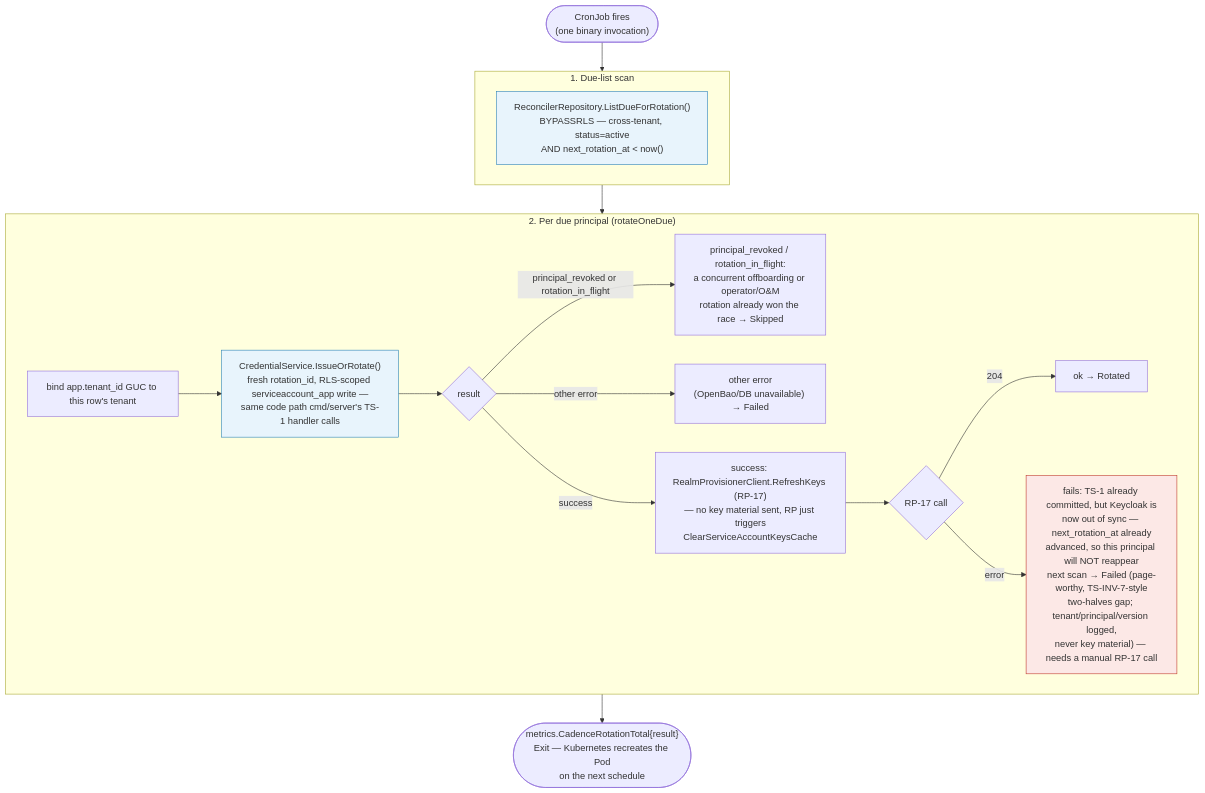
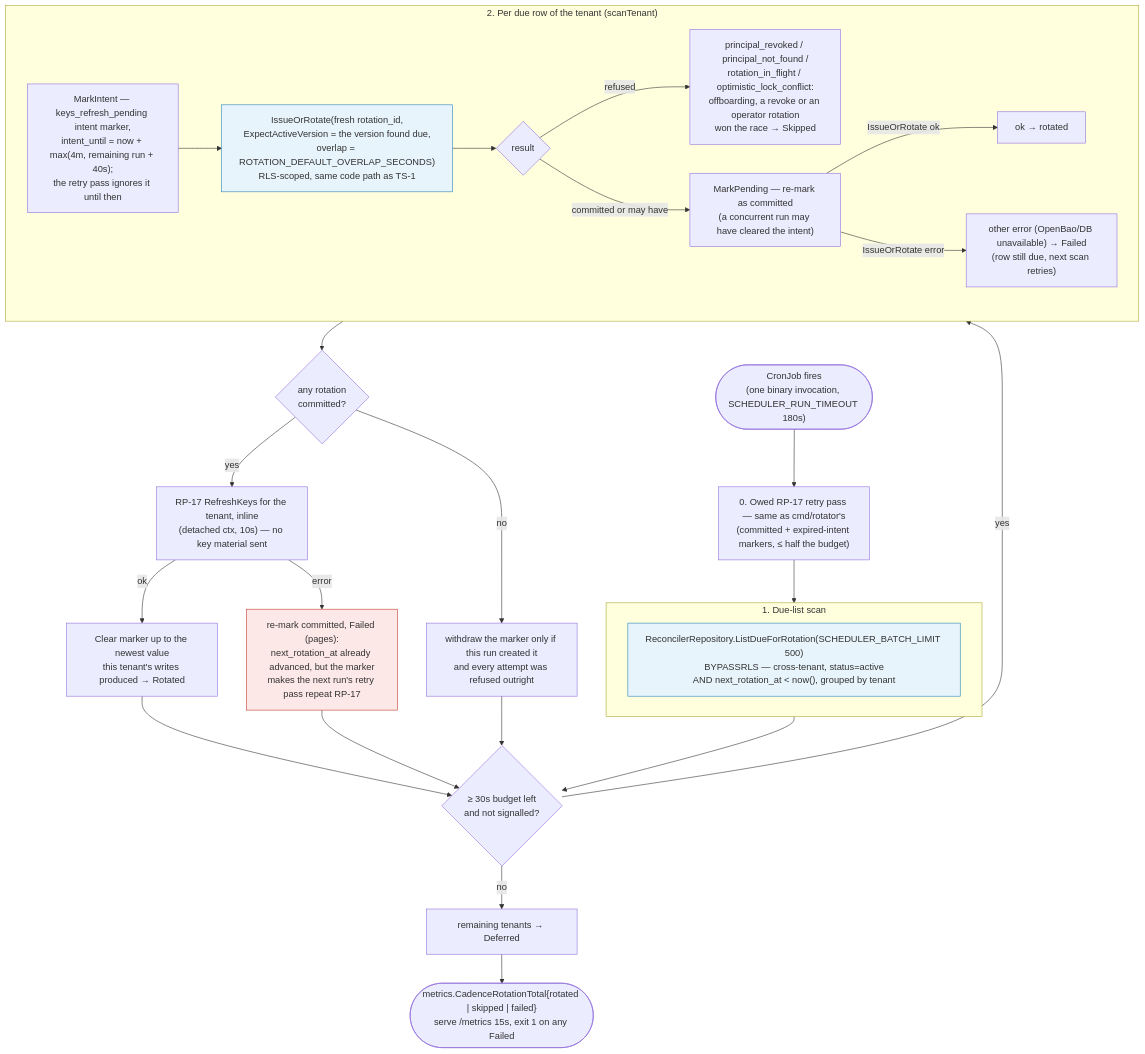
One commit to BCBP-SOLUTIONS-FZC-LLC/iam-token-service changed the eighth of 13 diagrams in ARCHITECTURE.md. Above: the diagram before and after it, drawn with Mermaid. The commit also changed other lines of this file and 234 other files, not shown here.

````diff
--- a/ARCHITECTURE.md
+++ b/ARCHITECTURE.md
@@ -550,35 +710,44 @@
 ```mermaid
 flowchart TD
-    START(["CronJob fires<br/>(one binary invocation)"])
-    START --> SCAN
+    START(["CronJob fires<br/>(one binary invocation, SCHEDULER_RUN_TIMEOUT 180s)"])
+    START --> RETRY["0. Owed RP-17 retry pass — same as cmd/rotator's<br/>(committed + expired-intent markers, ≤ half the budget)"]
+    RETRY --> SCAN
 
     subgraph SCAN["1. Due-list scan"]
-        L1["ReconcilerRepository.ListDueForRotation()<br/>BYPASSRLS — cross-tenant, status=active<br/>AND next_rotation_at < now()"]
+        L1["ReconcilerRepository.ListDueForRotation(SCHEDULER_BATCH_LIMIT 500)<br/>BYPASSRLS — cross-tenant, status=active<br/>AND next_rotation_at < now(), grouped by tenant"]
     end
 
-    SCAN --> LOOP
+    SCAN --> GATE{"≥ 30s budget left<br/>and not signalled?"}
+    GATE -->|no| DEFER["remaining tenants → Deferred"]
+    GATE -->|yes| LOOP
 
-    subgraph LOOP["2. Per due principal (rotateOneDue)"]
-        C1["bind app.tenant_id GUC to this row's tenant"]
-        C2["CredentialService.IssueOrRotate()<br/>fresh rotation_id, RLS-scoped serviceaccount_app write —<br/>same code path cmd/server's TS-1 handler calls"]
+    subgraph LOOP["2. Per due row of the tenant (scanTenant)"]
+        C1["MarkIntent — keys_refresh_pending intent marker,<br/>intent_until = now + max(4m, remaining run + 40s);<br/>the retry pass ignores it until then"]
+        C2["IssueOrRotate(fresh rotation_id,<br/>ExpectActiveVersion = the version found due,<br/>overlap = ROTATION_DEFAULT_OVERLAP_SECONDS)<br/>RLS-scoped, same code path as TS-1"]
         C3{"result"}
-        C4["principal_revoked / rotation_in_flight:<br/>a concurrent offboarding or operator/O&amp;M<br/>rotation already won the race → Skipped"]
-        C5["other error<br/>(OpenBao/DB unavailable) → Failed"]
-        C6["success: RealmProvisionerClient.RefreshKeys (RP-17)<br/>— no key material sent, RP just triggers<br/>ClearServiceAccountKeysCache"]
-        C7{"RP-17 call"}
-        C8["ok → Rotated"]
-        C9["fails: TS-1 already committed, but Keycloak is<br/>now out of sync — next_rotation_at already<br/>advanced, so this principal will NOT reappear<br/>next scan → Failed (page-worthy, TS-INV-7-style<br/>two-halves gap; tenant/principal/version logged,<br/>never key material) — needs a manual RP-17 call"]
+        C4["principal_revoked / principal_not_found /<br/>rotation_in_flight / optimistic_lock_conflict:<br/>offboarding, a revoke or an operator rotation<br/>won the race → Skipped"]
+        C5["MarkPending — re-mark as committed<br/>(a concurrent run may have cleared the intent)"]
+        C6["ok → rotated"]
+        C7["other error (OpenBao/DB unavailable) → Failed<br/>(row still due, next scan retries)"]
         C1 --> C2 --> C3
-        C3 -->|principal_revoked or rotation_in_flight| C4
-        C3 -->|other error| C5
-        C3 -->|success| C6 --> C7
-        C7 -->|204| C8
-        C7 -->|error| C9
+        C3 -->|refused| C4
+        C3 -->|committed or may have| C5
+        C5 -->|IssueOrRotate ok| C6
+        C5 -->|IssueOrRotate error| C7
     end
 
-    LOOP --> DONE(["metrics.CadenceRotationTotal{result}<br/>Exit — Kubernetes recreates the Pod<br/>on the next schedule"])
+    LOOP --> AFTER{"any rotation<br/>committed?"}
+    AFTER -->|no| WITHDRAW["withdraw the marker only if this run created it<br/>and every attempt was refused outright"]
+    AFTER -->|yes| RP["RP-17 RefreshKeys for the tenant, inline<br/>(detached ctx, 10s) — no key material sent"]
+    RP -->|ok| CLEAR["Clear marker up to the newest value<br/>this tenant's writes produced → Rotated"]
+    RP -->|error| GAP["re-mark committed, Failed (pages):<br/>next_rotation_at already advanced, but the marker<br/>makes the next run's retry pass repeat RP-17"]
+    CLEAR --> GATE
+    GAP --> GATE
+    WITHDRAW --> GATE
+
+    DEFER --> DONE(["metrics.CadenceRotationTotal{rotated | skipped | failed}<br/>serve /metrics 15s, exit 1 on any Failed"])
 
     style L1 fill:#e8f4fc,stroke:#2980b9
     style C2 fill:#e8f4fc,stroke:#2980b9
-    style C9 fill:#fce8e6,stroke:#c0392b
+    style GAP fill:#fce8e6,stroke:#c0392b
 ```
````
